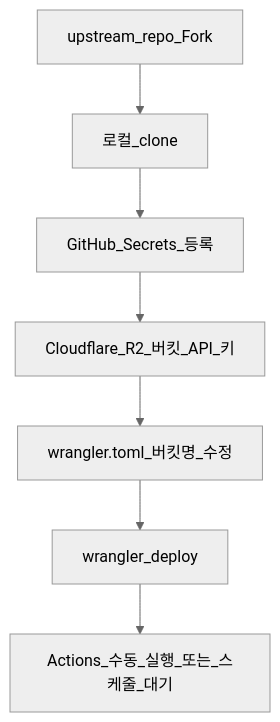
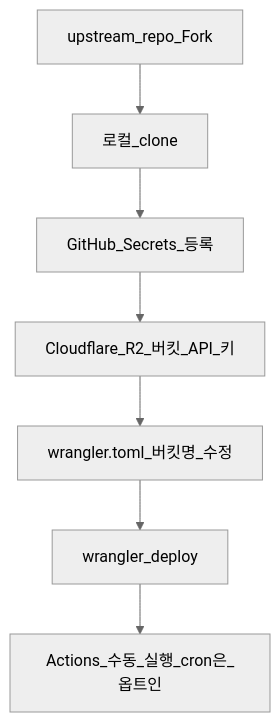
One commit to Junsung-Kim/intervals-coach changed the second of 5 diagrams in docs/WORKFLOW.md. Above: the diagram before and after it, drawn with Mermaid (neutral theme). The commit also changed other lines of this file and 4 other files, not shown here.

````diff
--- a/docs/WORKFLOW.md
+++ b/docs/WORKFLOW.md
@@ -25,17 +25,17 @@
 ```mermaid
 flowchart TD
   fork[upstream_repo_Fork]
   clone[로컬_clone]
   secrets[GitHub_Secrets_등록]
   r2cf[Cloudflare_R2_버킷_API_키]
   wr[wrangler.toml_버킷명_수정]
   deploy[wrangler_deploy]
-  act[Actions_수동_실행_또는_스케줄_대기]
+  act[Actions_수동_실행_cron은_옵트인]
 
   fork --> clone
   clone --> secrets
   secrets --> r2cf
   r2cf --> wr
   wr --> deploy
   deploy --> act
 ```
````
